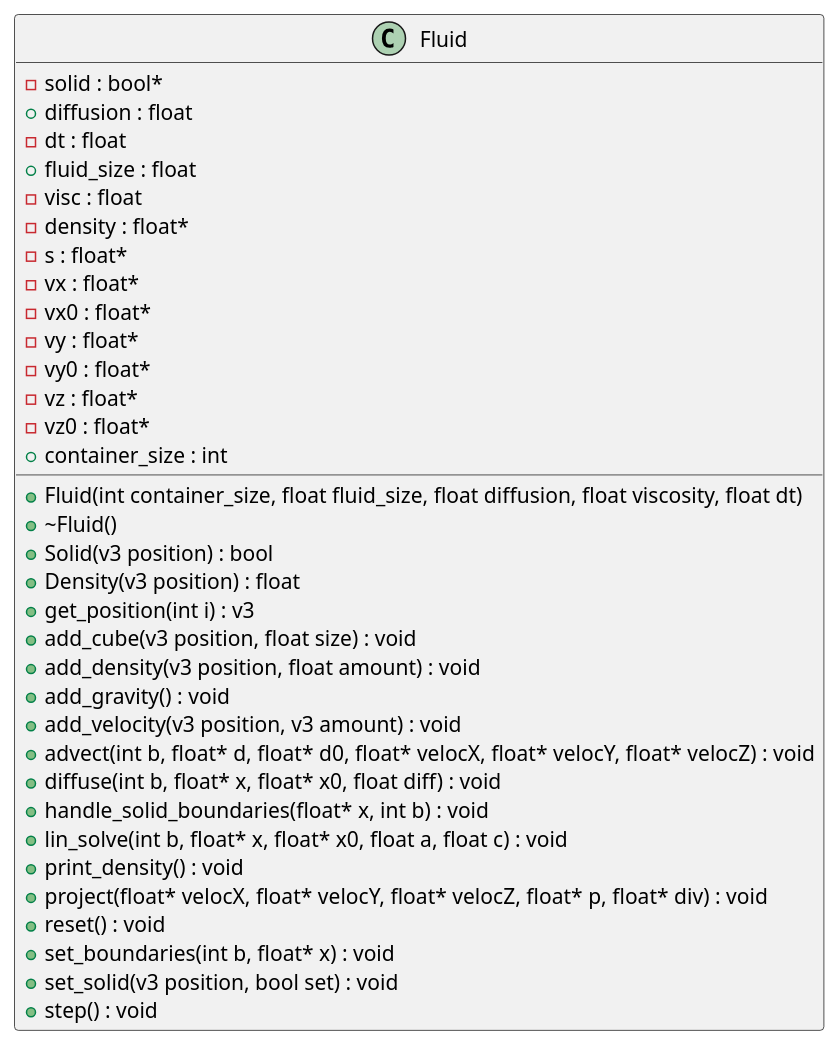
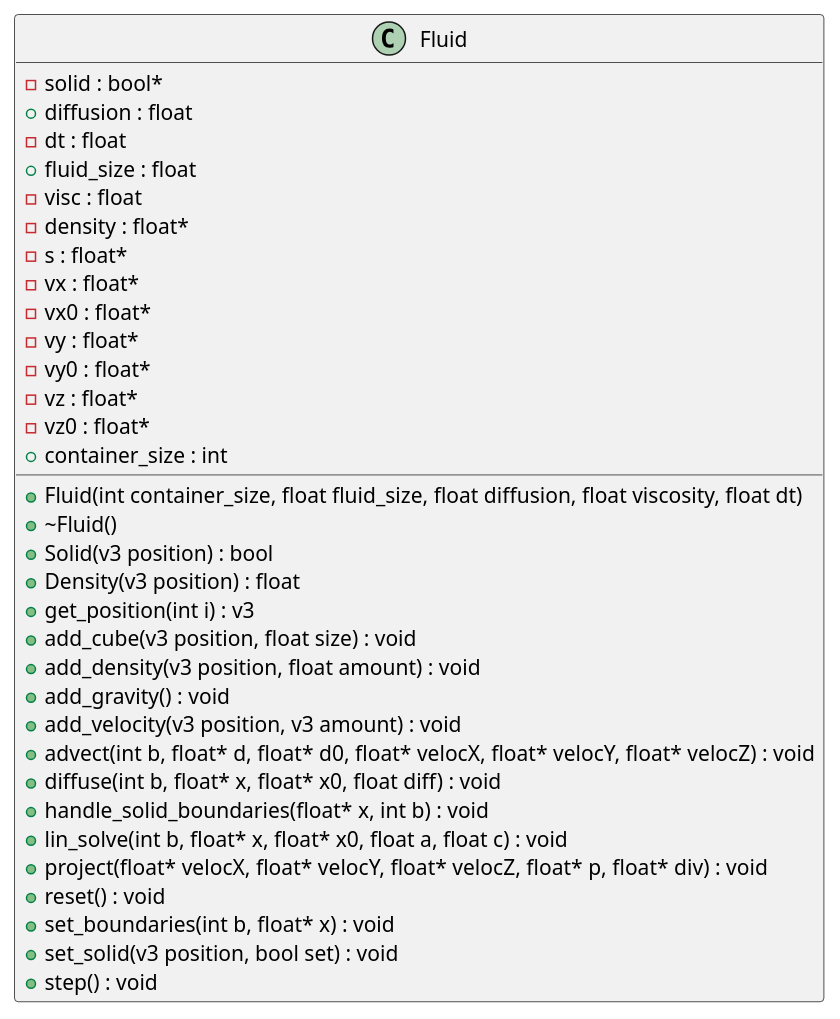
The diagram in thesis/resources/Fluid.puml (dtasada/paper), drawn with PlantUML before and after one commit. The commit also changed 6 other files, not shown here.

```diff
--- a/thesis/resources/Fluid.puml
+++ b/thesis/resources/Fluid.puml
@@ -1,64 +1,63 @@
 @startuml
 
 
 
 
 
 /' Objects '/
 
 class Fluid {
 	+Fluid(int container_size, float fluid_size, float diffusion, float viscosity, float dt)
 	+~Fluid()
 	+Solid(v3 position) : bool
 	-solid : bool*
 	+Density(v3 position) : float
 	+diffusion : float
 	-dt : float
 	+fluid_size : float
 	-visc : float
 	-density : float*
 	-s : float*
 	-vx : float*
 	-vx0 : float*
 	-vy : float*
 	-vy0 : float*
 	-vz : float*
 	-vz0 : float*
 	+container_size : int
 	+get_position(int i) : v3
 	+add_cube(v3 position, float size) : void
 	+add_density(v3 position, float amount) : void
 	+add_gravity() : void
 	+add_velocity(v3 position, v3 amount) : void
 	+advect(int b, float* d, float* d0, float* velocX, float* velocY, float* velocZ) : void
 	+diffuse(int b, float* x, float* x0, float diff) : void
 	+handle_solid_boundaries(float* x, int b) : void
 	+lin_solve(int b, float* x, float* x0, float a, float c) : void
-	+print_density() : void
 	+project(float* velocX, float* velocY, float* velocZ, float* p, float* div) : void
 	+reset() : void
 	+set_boundaries(int b, float* x) : void
 	+set_solid(v3 position, bool set) : void
 	+step() : void
 }
 
 
 
 
 
 /' Inheritance relationships '/
 
 
 
 
 /' Aggregation relationships '/
 
 
 
 
 
 /' Nested objects '/
 
 
 
 @enduml
```
